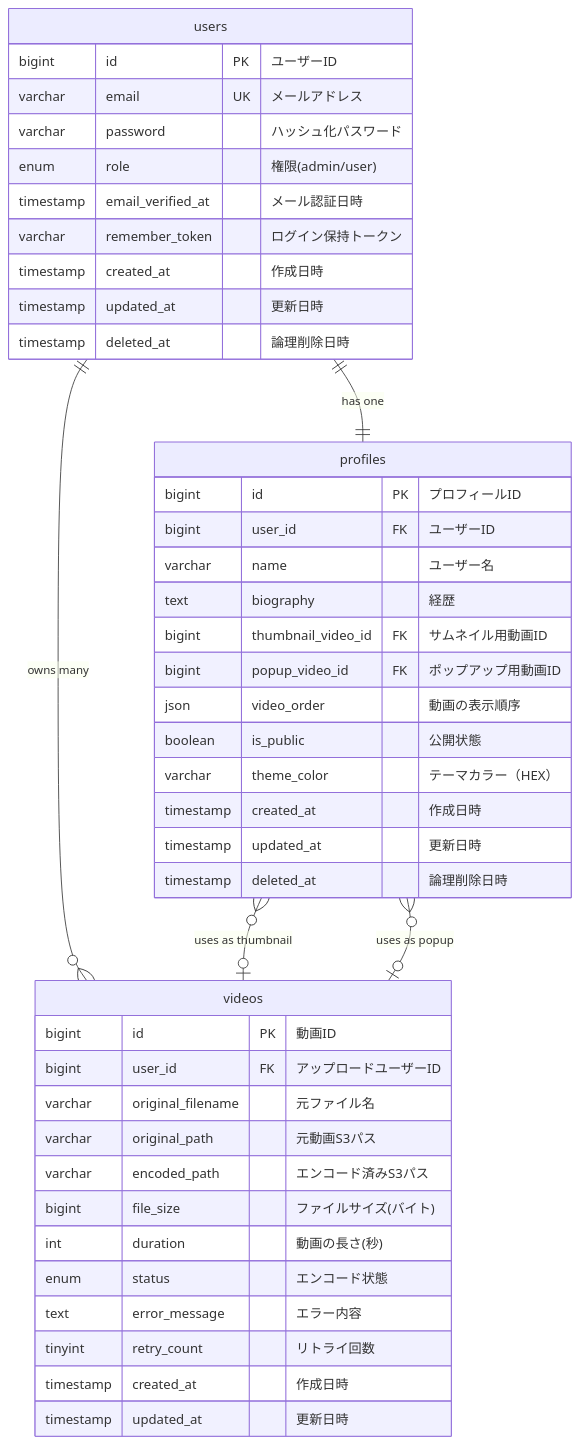
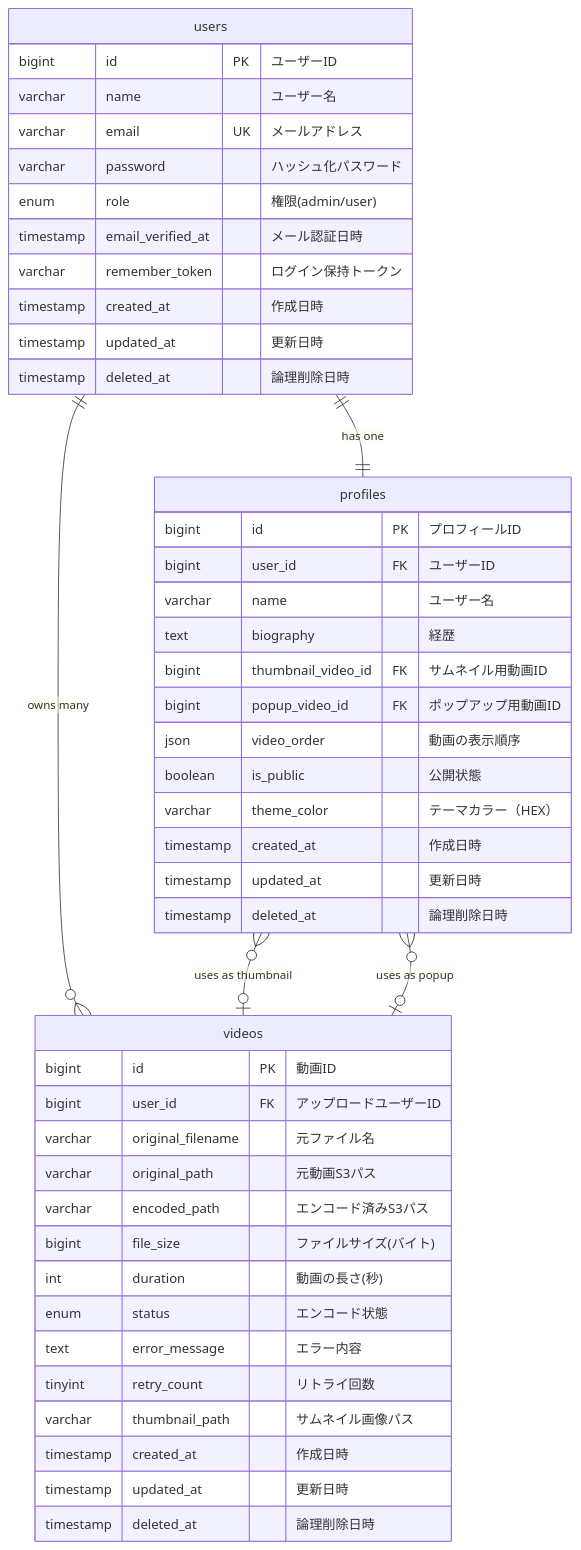
Before and after one commit to tetsu2026/movie-profile: the diagram in docs/design-docs/09_er.md, drawn with Mermaid. The commit also changed other lines of this file and 9 other files, not shown here.

````diff
--- a/docs/design-docs/09_er.md
+++ b/docs/design-docs/09_er.md
@@ -5,49 +5,52 @@
 ```mermaid
 erDiagram
     users ||--|| profiles : "has one"
     users ||--o{ videos : "owns many"
     profiles }o--o| videos : "uses as thumbnail"
     profiles }o--o| videos : "uses as popup"
 
     users {
         bigint id PK "ユーザーID"
+        varchar name "ユーザー名"
         varchar email UK "メールアドレス"
         varchar password "ハッシュ化パスワード"
         enum role "権限(admin/user)"
         timestamp email_verified_at "メール認証日時"
         varchar remember_token "ログイン保持トークン"
         timestamp created_at "作成日時"
         timestamp updated_at "更新日時"
         timestamp deleted_at "論理削除日時"
     }
 
     profiles {
         bigint id PK "プロフィールID"
         bigint user_id FK "ユーザーID"
         varchar name "ユーザー名"
         text biography "経歴"
         bigint thumbnail_video_id FK "サムネイル用動画ID"
         bigint popup_video_id FK "ポップアップ用動画ID"
         json video_order "動画の表示順序"
         boolean is_public "公開状態"
         varchar theme_color "テーマカラー（HEX）"
         timestamp created_at "作成日時"
         timestamp updated_at "更新日時"
         timestamp deleted_at "論理削除日時"
     }
 
     videos {
         bigint id PK "動画ID"
         bigint user_id FK "アップロードユーザーID"
         varchar original_filename "元ファイル名"
         varchar original_path "元動画S3パス"
         varchar encoded_path "エンコード済みS3パス"
         bigint file_size "ファイルサイズ(バイト)"
         int duration "動画の長さ(秒)"
         enum status "エンコード状態"
         text error_message "エラー内容"
         tinyint retry_count "リトライ回数"
+        varchar thumbnail_path "サムネイル画像パス"
         timestamp created_at "作成日時"
         timestamp updated_at "更新日時"
+        timestamp deleted_at "論理削除日時"
     }
 ```
````
